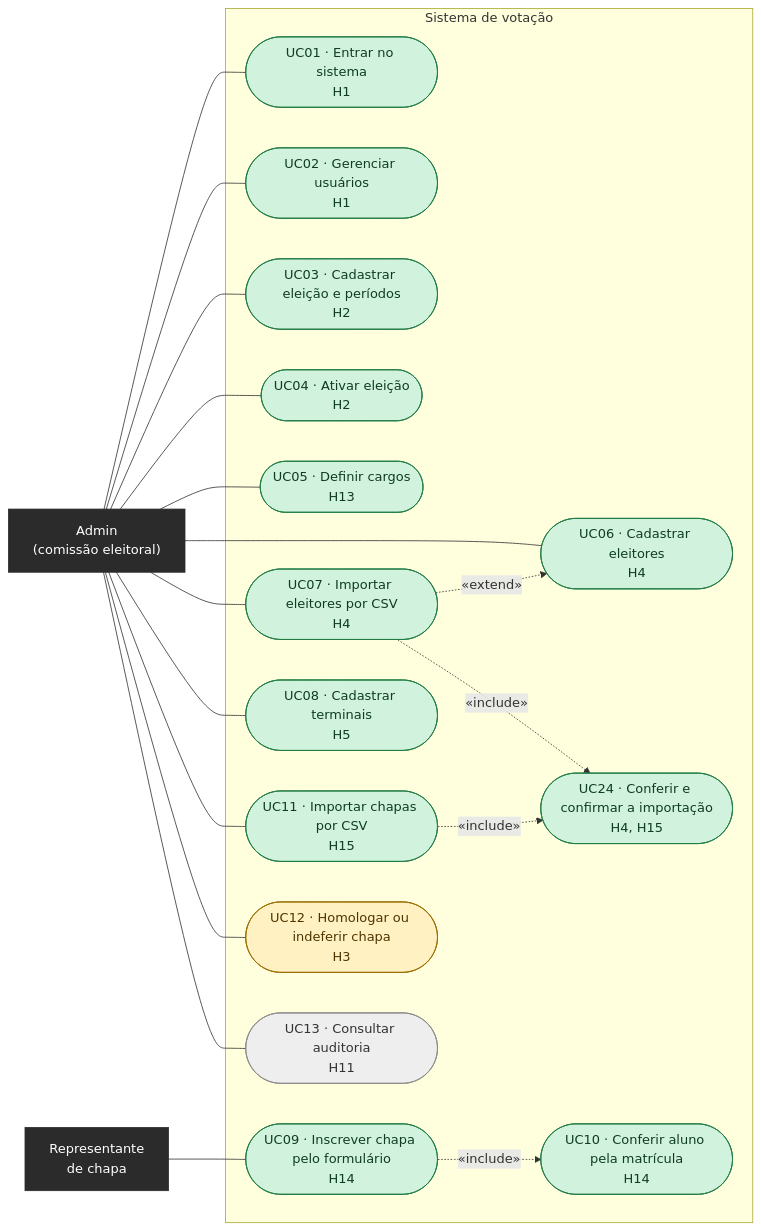
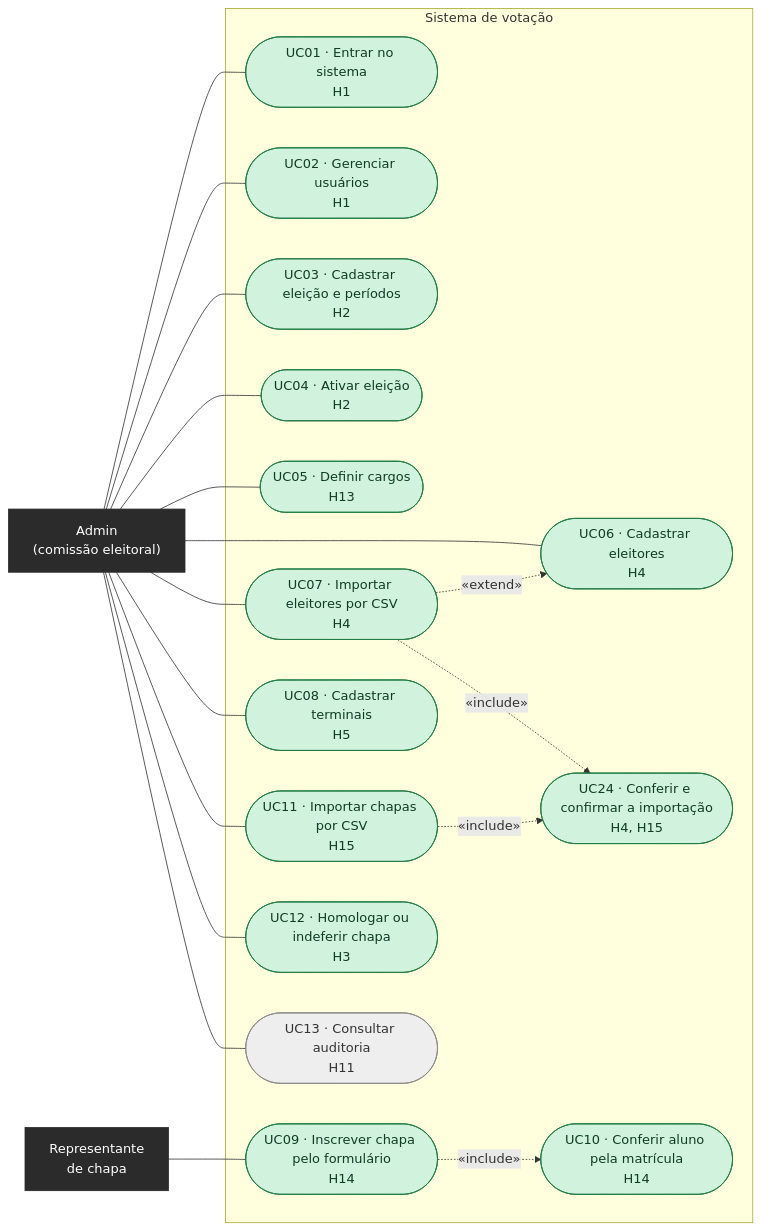
The second of 10 diagrams in docs/DIAGRAMAS.md (prof-ronildo-unicatolica/votacao-digitech), drawn with Mermaid before and after one commit. The commit also changed other lines of this file and 18 other files, not shown here.

````diff
--- a/docs/DIAGRAMAS.md
+++ b/docs/DIAGRAMAS.md
@@ -29,48 +29,47 @@
 ```mermaid
 flowchart LR
     ADM["Admin<br/>(comissão eleitoral)"]:::ator
     REP["Representante<br/>de chapa"]:::ator
 
     subgraph SIS["Sistema de votação"]
         UC01(["UC01 · Entrar no sistema<br/>H1"])
         UC02(["UC02 · Gerenciar usuários<br/>H1"])
         UC03(["UC03 · Cadastrar eleição e períodos<br/>H2"])
         UC04(["UC04 · Ativar eleição<br/>H2"])
         UC05(["UC05 · Definir cargos<br/>H13"])
         UC06(["UC06 · Cadastrar eleitores<br/>H4"])
         UC07(["UC07 · Importar eleitores por CSV<br/>H4"])
         UC08(["UC08 · Cadastrar terminais<br/>H5"])
         UC09(["UC09 · Inscrever chapa pelo formulário<br/>H14"])
         UC10(["UC10 · Conferir aluno pela matrícula<br/>H14"])
         UC11(["UC11 · Importar chapas por CSV<br/>H15"])
         UC24(["UC24 · Conferir e confirmar a importação<br/>H4, H15"])
         UC12(["UC12 · Homologar ou indeferir chapa<br/>H3"])
         UC13(["UC13 · Consultar auditoria<br/>H11"])
     end
 
     ADM --- UC01
     ADM --- UC02
     ADM --- UC03
     ADM --- UC04
     ADM --- UC05
     ADM --- UC06
     ADM --- UC07
     ADM --- UC08
     ADM --- UC11
     ADM --- UC12
     ADM --- UC13
     REP --- UC09
 
     UC07 -. "«extend»" .-> UC06
     UC09 -. "«include»" .-> UC10
     UC11 -. "«include»" .-> UC24
     UC07 -. "«include»" .-> UC24
 
-    class UC01,UC02,UC03,UC04,UC05,UC06,UC07,UC08,UC09,UC10,UC11,UC24 feito
-    class UC12 revisao
+    class UC01,UC02,UC03,UC04,UC05,UC06,UC07,UC08,UC09,UC10,UC11,UC12,UC24 feito
     class UC13 afazer
     classDef ator fill:#2b2b2b,stroke:#2b2b2b,color:#ffffff
     classDef feito fill:#d1f2dc,stroke:#1e7a44,color:#0f3d22
     classDef revisao fill:#fff1c2,stroke:#9a6b00,color:#4d3500
     classDef afazer fill:#eeeeee,stroke:#8a8a8a,color:#333333
 ```
````
